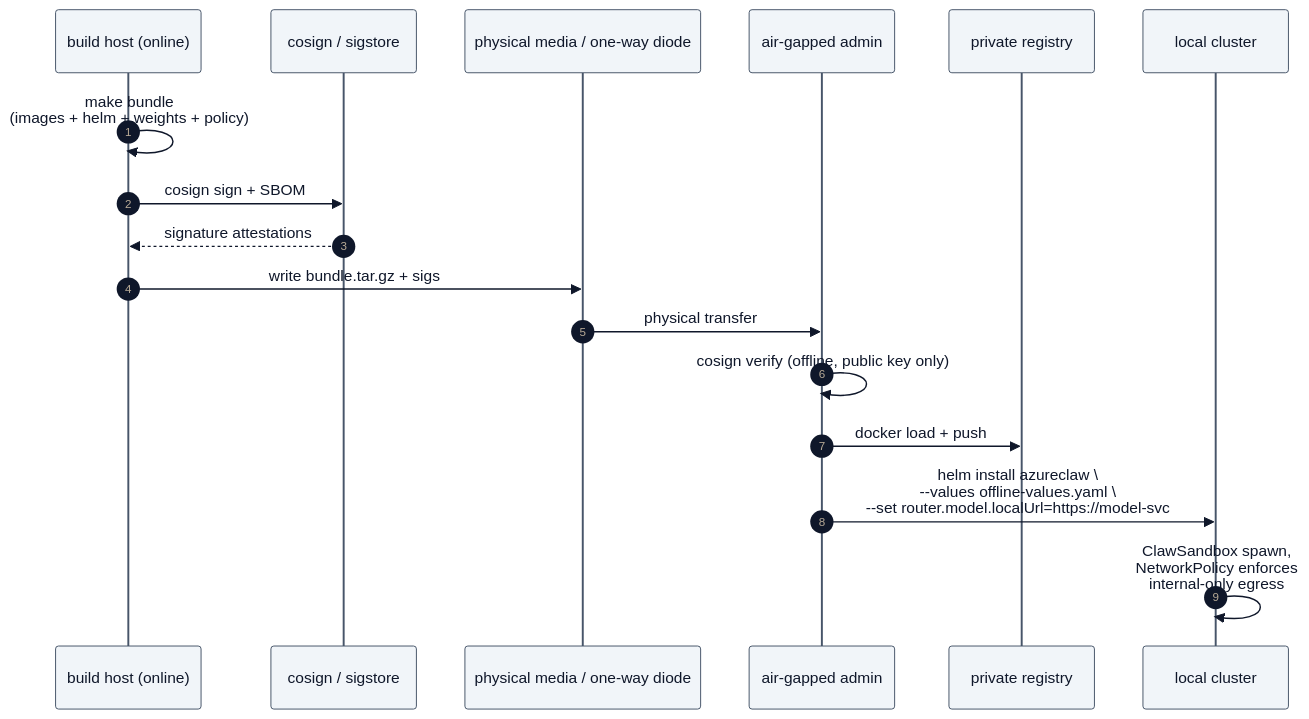
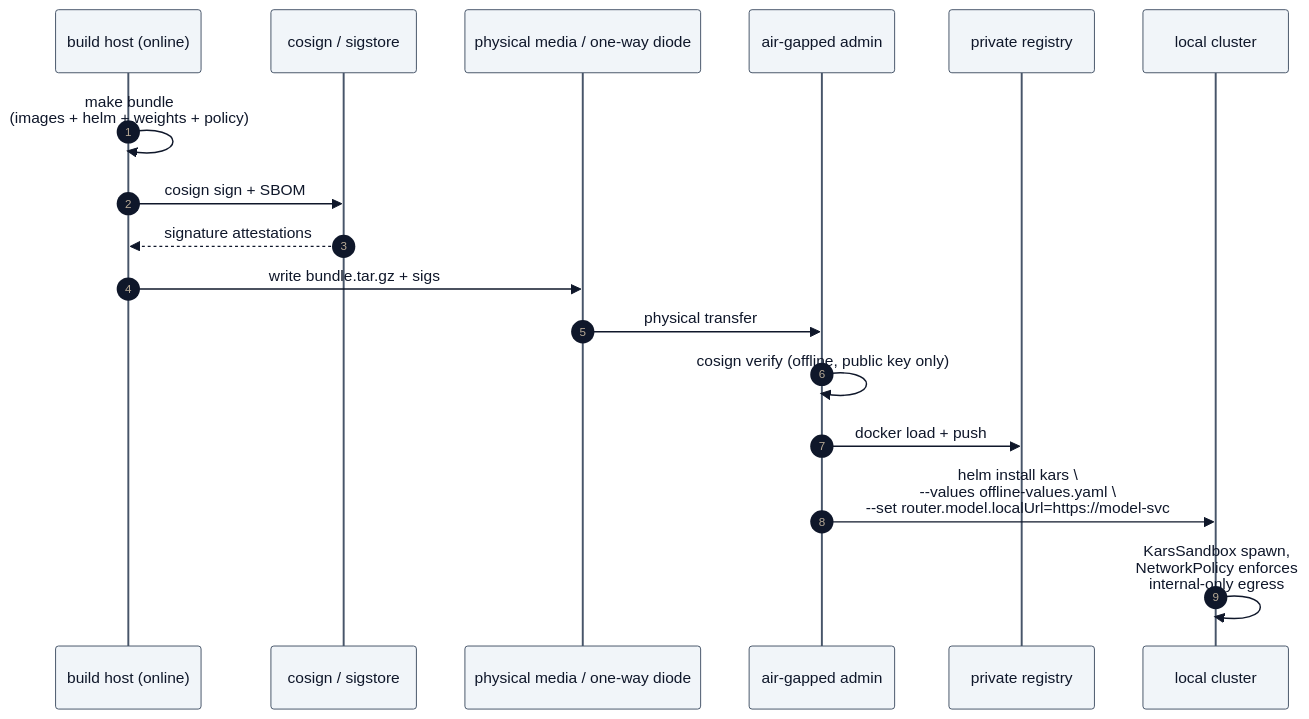
Before and after one commit to lachie83/kars: the third of 3 diagrams in docs/blueprints/05-sovereign-airgapped.md, drawn with Mermaid. The commit also changed other lines of this file and 694 other files, not shown here.

````diff
--- a/docs/blueprints/05-sovereign-airgapped.md
+++ b/docs/blueprints/05-sovereign-airgapped.md
@@ -92,21 +92,21 @@
 ```mermaid
 %%{init: {'theme':'base','themeVariables':{'primaryColor':'#f1f5f9','primaryBorderColor':'#475569','primaryTextColor':'#0f172a','lineColor':'#475569','clusterBkg':'#f8fafc','clusterBorder':'#94a3b8','fontFamily':'-apple-system, BlinkMacSystemFont, Segoe UI, sans-serif'}}}%%
 sequenceDiagram
     autonumber
     participant Build as build host (online)
     participant Sign as cosign / sigstore
     participant Media as physical media / one-way diode
     participant Air as air-gapped admin
     participant Reg as private registry
     participant Cls as local cluster
 
     Build->>Build: make bundle<br/>(images + helm + weights + policy)
     Build->>Sign: cosign sign + SBOM
     Sign-->>Build: signature attestations
     Build->>Media: write bundle.tar.gz + sigs
     Media->>Air: physical transfer
     Air->>Air: cosign verify (offline, public key only)
     Air->>Reg: docker load + push
-    Air->>Cls: helm install azureclaw \<br/>--values offline-values.yaml \<br/>--set router.model.localUrl=https://model-svc
-    Cls->>Cls: ClawSandbox spawn,<br/>NetworkPolicy enforces<br/>internal-only egress
+    Air->>Cls: helm install kars \<br/>--values offline-values.yaml \<br/>--set router.model.localUrl=https://model-svc
+    Cls->>Cls: KarsSandbox spawn,<br/>NetworkPolicy enforces<br/>internal-only egress
 ```
````
